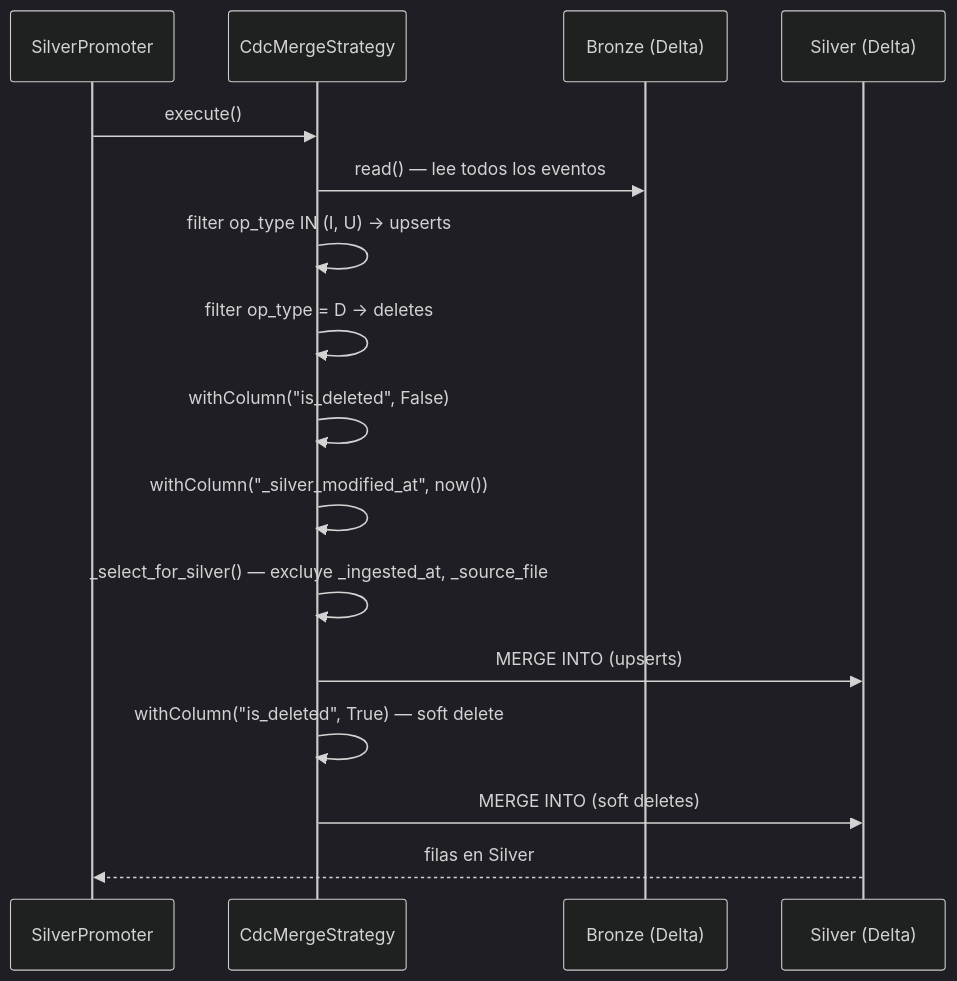
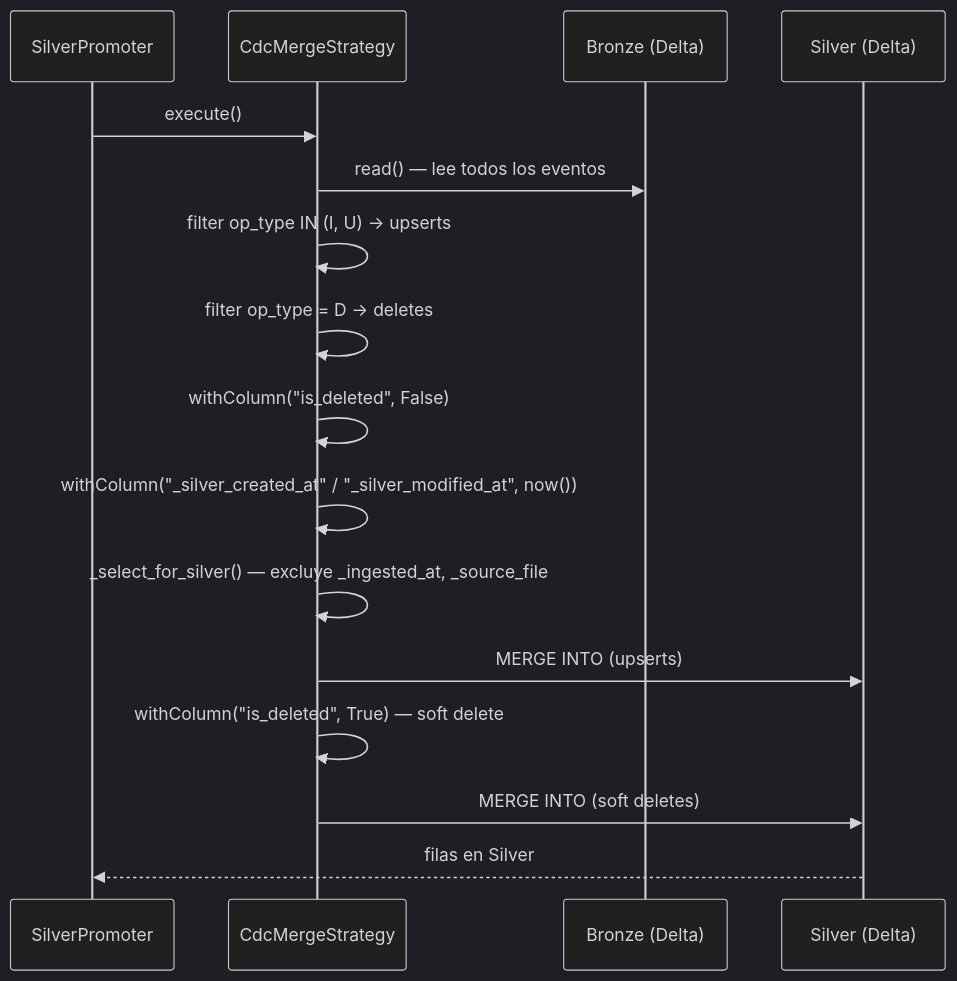
Before and after one commit to brrsanchezfi/DKOps: the fourth of 5 diagrams in docs/guide/architecture.md, drawn with Mermaid (dark theme). The commit also changed other lines of this file and 13 other files, not shown here.

````diff
--- a/docs/guide/architecture.md
+++ b/docs/guide/architecture.md
@@ -145,19 +145,19 @@
 ```mermaid
 sequenceDiagram
     participant SP as SilverPromoter
     participant CM as CdcMergeStrategy
     participant B as Bronze (Delta)
     participant S as Silver (Delta)
 
     SP->>CM: execute()
     CM->>B: read() — lee todos los eventos
     CM->>CM: filter op_type IN (I, U) → upserts
     CM->>CM: filter op_type = D → deletes
     CM->>CM: withColumn("is_deleted", False)
-    CM->>CM: withColumn("_silver_modified_at", now())
+    CM->>CM: withColumn("_silver_created_at" / "_silver_modified_at", now())
     CM->>CM: _select_for_silver() — excluye _ingested_at, _source_file
     CM->>S: MERGE INTO (upserts)
     CM->>CM: withColumn("is_deleted", True) — soft delete
     CM->>S: MERGE INTO (soft deletes)
     S-->>SP: filas en Silver
 ```
````
